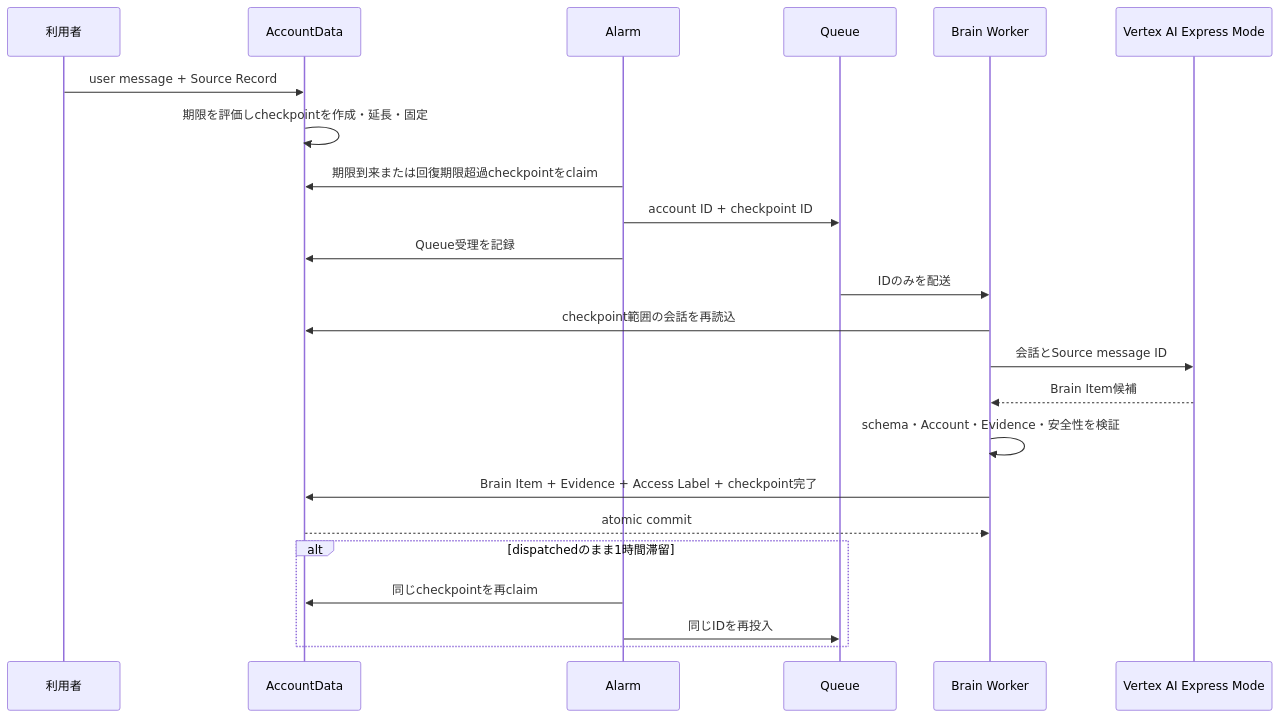
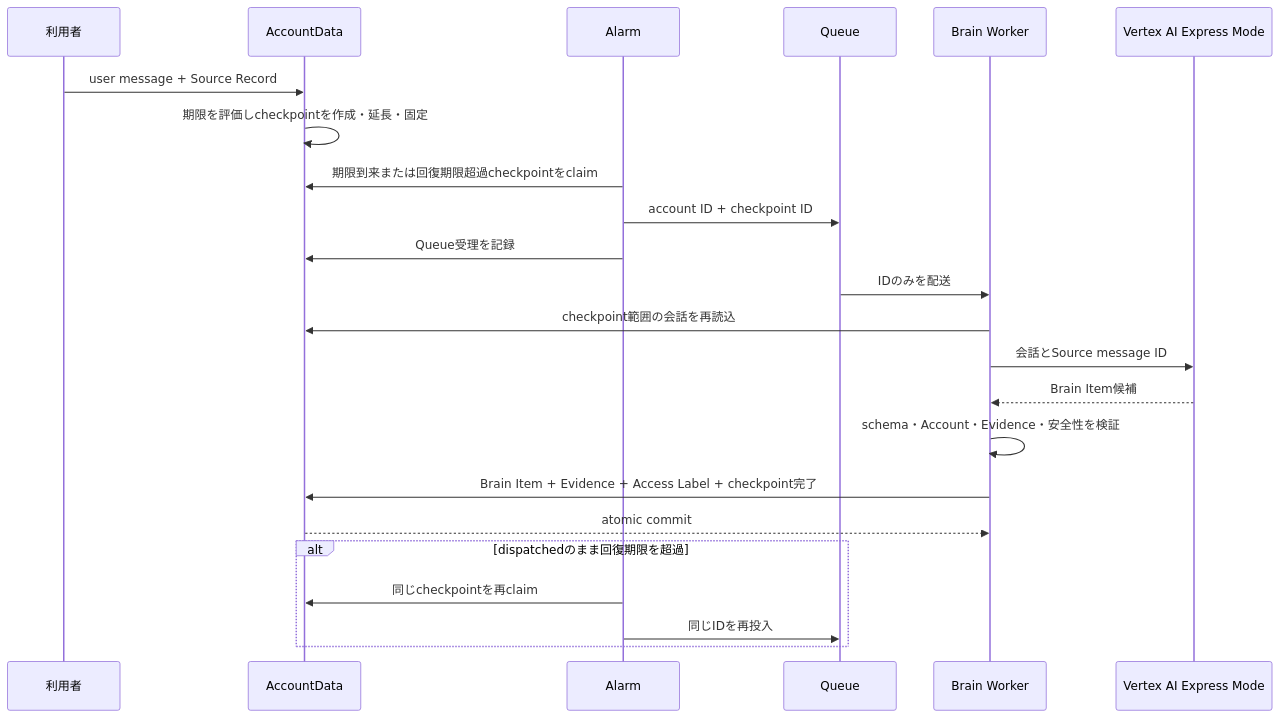
Before and after one commit to kkyosuke/me-builder: the fourth of 4 diagrams in docs/domain/brain/brain-item-generation-design.md, drawn with Mermaid. The commit also changed other lines of this file, not shown here.

Commit message:
docs(brain): 回復期限のSSoTを統一

````diff
--- a/docs/domain/brain/brain-item-generation-design.md
+++ b/docs/domain/brain/brain-item-generation-design.md
@@ -310,26 +310,26 @@
 ```mermaid
 sequenceDiagram
     participant U as 利用者
     participant AD as AccountData
     participant A as Alarm
     participant Q as Queue
     participant W as Brain Worker
     participant AI as Vertex AI Express Mode
 
     U->>AD: user message + Source Record
     AD->>AD: 期限を評価しcheckpointを作成・延長・固定
     A->>AD: 期限到来または回復期限超過checkpointをclaim
     A->>Q: account ID + checkpoint ID
     A->>AD: Queue受理を記録
     Q->>W: IDのみを配送
     W->>AD: checkpoint範囲の会話を再読込
     W->>AI: 会話とSource message ID
     AI-->>W: Brain Item候補
     W->>W: schema・Account・Evidence・安全性を検証
     W->>AD: Brain Item + Evidence + Access Label + checkpoint完了
     AD-->>W: atomic commit
-    alt dispatchedのまま1時間滞留
+    alt dispatchedのまま回復期限を超過
         A->>AD: 同じcheckpointを再claim
         A->>Q: 同じIDを再投入
     end
 ```
````
